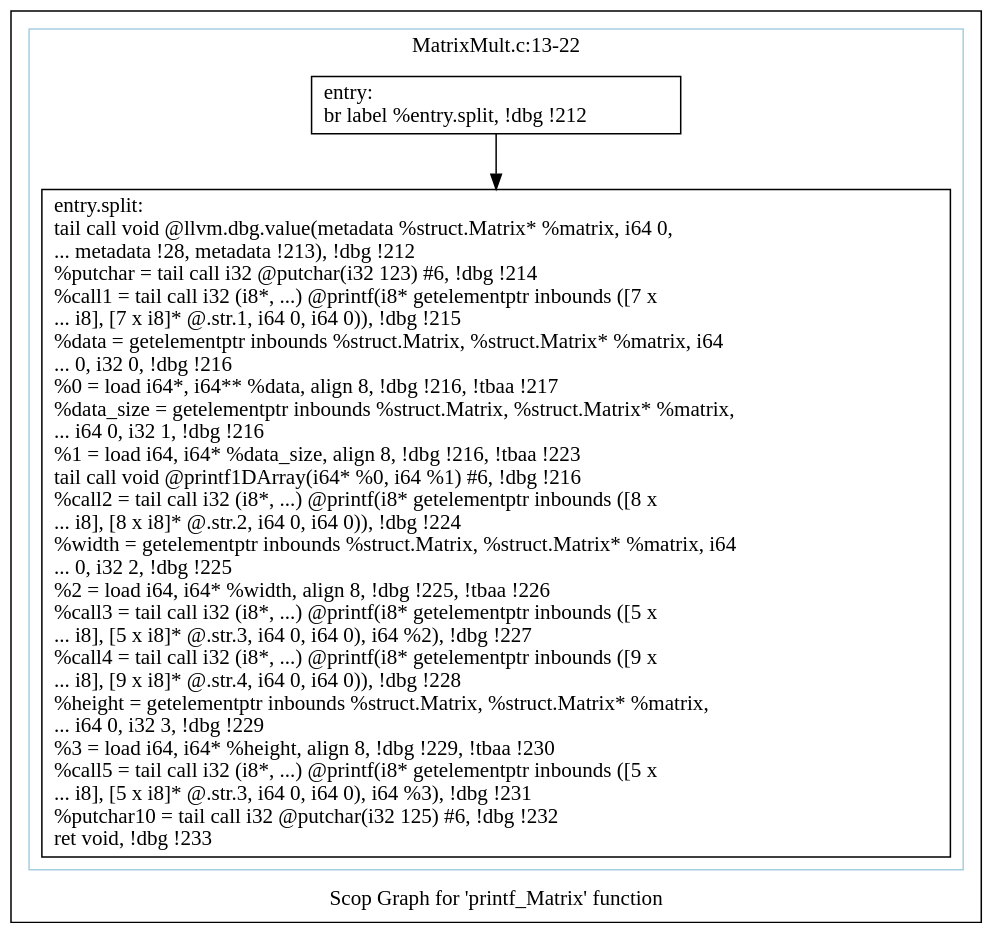
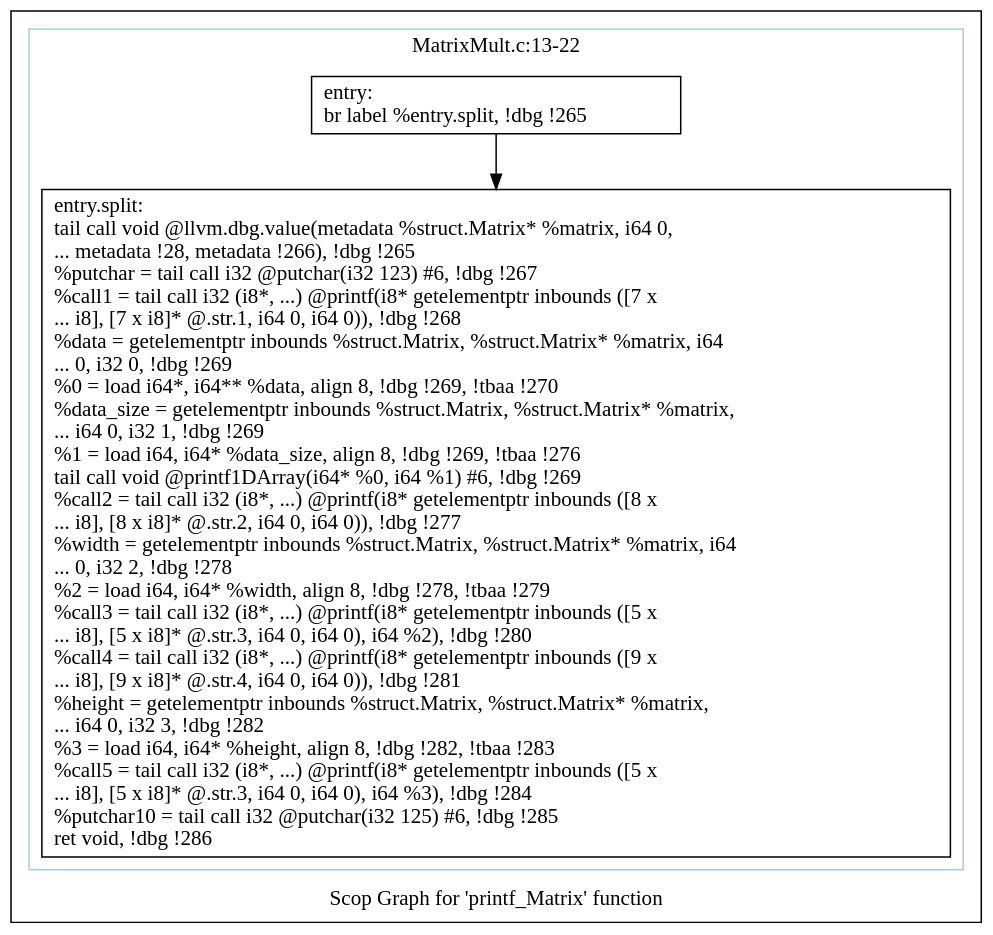
Before and after one commit to samminweng/WhileyOpenCL: the diagram in polly/MatrixMult/impl/autogenerate/dot/scops.printf_Matrix.dot, drawn with Graphviz. The commit also changed 49 other files, not shown here.

```diff
--- a/polly/MatrixMult/impl/autogenerate/dot/scops.printf_Matrix.dot
+++ b/polly/MatrixMult/impl/autogenerate/dot/scops.printf_Matrix.dot
@@ -1,16 +1,16 @@
 digraph "Scop Graph for 'printf_Matrix' function" {
 	label="Scop Graph for 'printf_Matrix' function";
 
-	Node0xa6b9ca0 [shape=record,label="{entry:\l  br label %entry.split, !dbg !212\l}"];
-	Node0xa6b9ca0 -> Node0xa6d0240;
-	Node0xa6d0240 [shape=record,label="{entry.split:                                      \l  tail call void @llvm.dbg.value(metadata %struct.Matrix* %matrix, i64 0,\l... metadata !28, metadata !213), !dbg !212\l  %putchar = tail call i32 @putchar(i32 123) #6, !dbg !214\l  %call1 = tail call i32 (i8*, ...) @printf(i8* getelementptr inbounds ([7 x\l... i8], [7 x i8]* @.str.1, i64 0, i64 0)), !dbg !215\l  %data = getelementptr inbounds %struct.Matrix, %struct.Matrix* %matrix, i64\l... 0, i32 0, !dbg !216\l  %0 = load i64*, i64** %data, align 8, !dbg !216, !tbaa !217\l  %data_size = getelementptr inbounds %struct.Matrix, %struct.Matrix* %matrix,\l... i64 0, i32 1, !dbg !216\l  %1 = load i64, i64* %data_size, align 8, !dbg !216, !tbaa !223\l  tail call void @printf1DArray(i64* %0, i64 %1) #6, !dbg !216\l  %call2 = tail call i32 (i8*, ...) @printf(i8* getelementptr inbounds ([8 x\l... i8], [8 x i8]* @.str.2, i64 0, i64 0)), !dbg !224\l  %width = getelementptr inbounds %struct.Matrix, %struct.Matrix* %matrix, i64\l... 0, i32 2, !dbg !225\l  %2 = load i64, i64* %width, align 8, !dbg !225, !tbaa !226\l  %call3 = tail call i32 (i8*, ...) @printf(i8* getelementptr inbounds ([5 x\l... i8], [5 x i8]* @.str.3, i64 0, i64 0), i64 %2), !dbg !227\l  %call4 = tail call i32 (i8*, ...) @printf(i8* getelementptr inbounds ([9 x\l... i8], [9 x i8]* @.str.4, i64 0, i64 0)), !dbg !228\l  %height = getelementptr inbounds %struct.Matrix, %struct.Matrix* %matrix,\l... i64 0, i32 3, !dbg !229\l  %3 = load i64, i64* %height, align 8, !dbg !229, !tbaa !230\l  %call5 = tail call i32 (i8*, ...) @printf(i8* getelementptr inbounds ([5 x\l... i8], [5 x i8]* @.str.3, i64 0, i64 0), i64 %3), !dbg !231\l  %putchar10 = tail call i32 @putchar(i32 125) #6, !dbg !232\l  ret void, !dbg !233\l}"];
+	Node0x9689a80 [shape=record,label="{entry:\l  br label %entry.split, !dbg !265\l}"];
+	Node0x9689a80 -> Node0x962d4d0;
+	Node0x962d4d0 [shape=record,label="{entry.split:                                      \l  tail call void @llvm.dbg.value(metadata %struct.Matrix* %matrix, i64 0,\l... metadata !28, metadata !266), !dbg !265\l  %putchar = tail call i32 @putchar(i32 123) #6, !dbg !267\l  %call1 = tail call i32 (i8*, ...) @printf(i8* getelementptr inbounds ([7 x\l... i8], [7 x i8]* @.str.1, i64 0, i64 0)), !dbg !268\l  %data = getelementptr inbounds %struct.Matrix, %struct.Matrix* %matrix, i64\l... 0, i32 0, !dbg !269\l  %0 = load i64*, i64** %data, align 8, !dbg !269, !tbaa !270\l  %data_size = getelementptr inbounds %struct.Matrix, %struct.Matrix* %matrix,\l... i64 0, i32 1, !dbg !269\l  %1 = load i64, i64* %data_size, align 8, !dbg !269, !tbaa !276\l  tail call void @printf1DArray(i64* %0, i64 %1) #6, !dbg !269\l  %call2 = tail call i32 (i8*, ...) @printf(i8* getelementptr inbounds ([8 x\l... i8], [8 x i8]* @.str.2, i64 0, i64 0)), !dbg !277\l  %width = getelementptr inbounds %struct.Matrix, %struct.Matrix* %matrix, i64\l... 0, i32 2, !dbg !278\l  %2 = load i64, i64* %width, align 8, !dbg !278, !tbaa !279\l  %call3 = tail call i32 (i8*, ...) @printf(i8* getelementptr inbounds ([5 x\l... i8], [5 x i8]* @.str.3, i64 0, i64 0), i64 %2), !dbg !280\l  %call4 = tail call i32 (i8*, ...) @printf(i8* getelementptr inbounds ([9 x\l... i8], [9 x i8]* @.str.4, i64 0, i64 0)), !dbg !281\l  %height = getelementptr inbounds %struct.Matrix, %struct.Matrix* %matrix,\l... i64 0, i32 3, !dbg !282\l  %3 = load i64, i64* %height, align 8, !dbg !282, !tbaa !283\l  %call5 = tail call i32 (i8*, ...) @printf(i8* getelementptr inbounds ([5 x\l... i8], [5 x i8]* @.str.3, i64 0, i64 0), i64 %3), !dbg !284\l  %putchar10 = tail call i32 @putchar(i32 125) #6, !dbg !285\l  ret void, !dbg !286\l}"];
 	colorscheme = "paired12"
-        subgraph cluster_0xa715bd0 {
+        subgraph cluster_0x96c5610 {
           label = "MatrixMult.c:13-22
 ";
           style = solid;
           color = 1
-          Node0xa6b9ca0;
-          Node0xa6d0240;
+          Node0x9689a80;
+          Node0x962d4d0;
         }
 }
```
